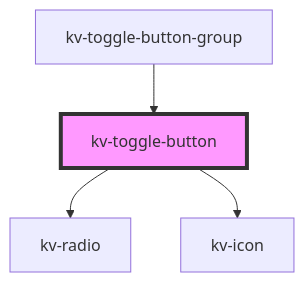
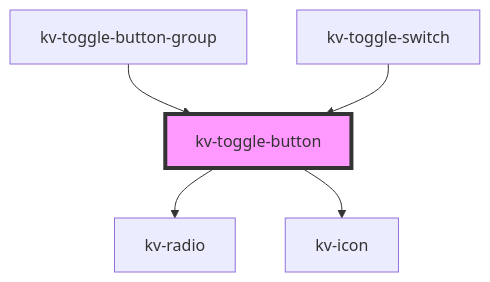
The diagram in packages/ui-components/src/components/toggle-button/readme.md (kelvininc/ui-components), drawn with Mermaid before and after one commit. The commit also changed other lines of this file and 8 other files, not shown here.

Commit message:
feat(toggle-switch): add component

````diff
--- a/packages/ui-components/src/components/toggle-button/readme.md
+++ b/packages/ui-components/src/components/toggle-button/readme.md
@@ -103,7 +104,8 @@
 ```mermaid
 graph TD;
   kv-toggle-button --> kv-radio
   kv-toggle-button --> kv-icon
   kv-toggle-button-group --> kv-toggle-button
+  kv-toggle-switch --> kv-toggle-button
   style kv-toggle-button fill:#f9f,stroke:#333,stroke-width:4px
 ```
````
